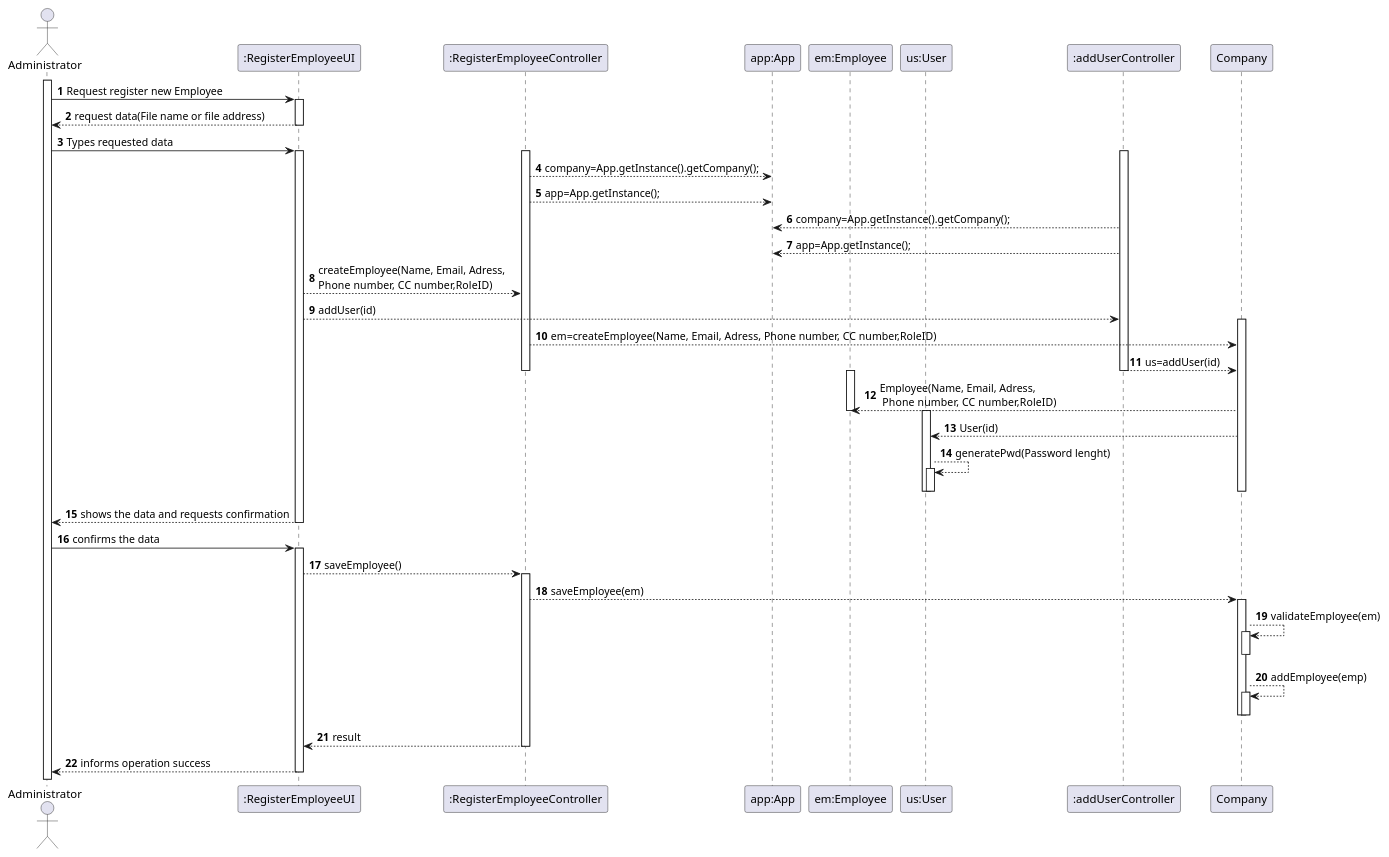
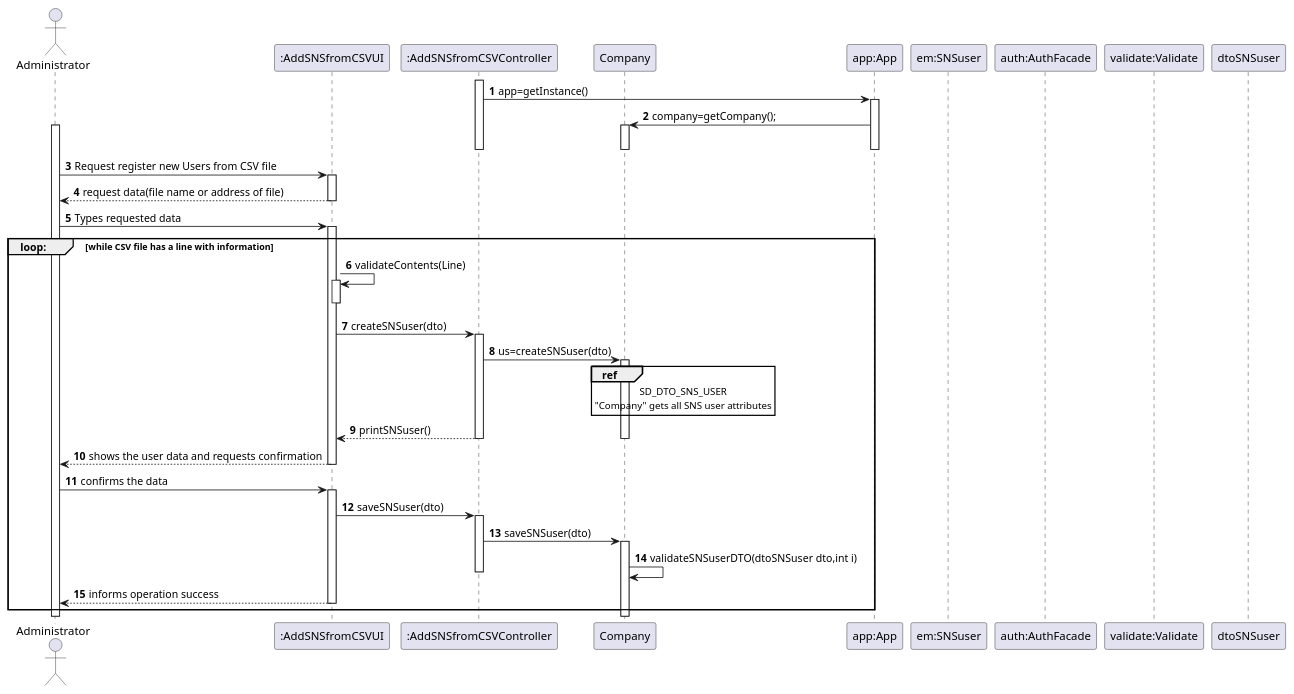
One commit to osnilas/SNSsystem changed the diagram in docs/SprintC/US014/US014_SD.puml. Above: the diagram before and after it, drawn with PlantUML. The commit also changed 11 other files, not shown here.

```diff
--- a/docs/SprintC/US014/US014_SD.puml
+++ b/docs/SprintC/US014/US014_SD.puml
@@ -1,66 +1,66 @@
 @startuml
 'https://plantuml.com/class-diagram
 
 autonumber
-    actor Administrator
+    actor "Administrator" as ADM
 
-    participant ":RegisterEmployeeUI" as UI
-    participant ":RegisterEmployeeController" as  CTRL
-    participant "app:App" as _APP
-    participant "em:Employee" as EM
-    participant "us:User" as US
-    participant ":addUserController" as CTRL1
+    participant ":AddSNSfromCSVUI" as UI
+    participant ":AddSNSfromCSVController" as  CTRL
+    participant "Company" as COMP
+    participant "dtoSNSuser" as DTO
+    participant "app:App" as APP
+    participant "em:SNSuser" as SNS
 
-    activate Administrator
-    Administrator -> UI: Request register new Employee
-    activate UI
-    UI --> Administrator: request data(File name or file address)
-   deactivate UI
-    UI <- Administrator: Types requested data
-    activate UI
-    activate CTRL
-    activate CTRL1
-    CTRL-->_APP:company=App.getInstance().getCompany();
-    CTRL-->_APP:app=App.getInstance();
-    CTRL1-->_APP:company=App.getInstance().getCompany();
-    CTRL1-->_APP:app=App.getInstance();
-    UI-->CTRL:createEmployee(Name, Email, Adress, \nPhone number, CC number,RoleID)
-    UI-->CTRL1:addUser(id)
-    activate Company
-    CTRL-->Company:em=createEmployee(Name, Email, Adress, Phone number, CC number,RoleID)
-    CTRL1-->Company:us=addUser(id)
-    deactivate CTRL
-    deactivate CTRL1
-    activate  EM
-    Company-->EM:Employee(Name, Email, Adress,\n Phone number, CC number,RoleID)
-    deactivate EM
-    activate US
-    Company-->US:User(id)
-    US-->US:generatePwd(Password lenght)
-    activate US
-    deactivate US
-    deactivate US
-    deactivate Company
-    deactivate CTRL1
-    deactivate CTRL
-    Administrator <-- UI: shows the data and requests confirmation
-    deactivate UI
-    Administrator -> UI: confirms the data
-    activate UI
-    UI-->CTRL:saveEmployee()
-    activate CTRL
-    CTRL-->Company:saveEmployee(em)
-    activate Company
-    Company-->Company:validateEmployee(em)
-    activate Company
-    deactivate Company
-    Company-->Company:addEmployee(emp)
-    activate Company
-    deactivate Company
-    deactivate Company
-    CTRL-->UI:result
-    deactivate CTRL
-    Administrator <-- UI: informs operation success
-    deactivate UI
+    participant "auth:AuthFacade" as AUTH
+    participant "validate:Validate" as VALID
+    participant "dtoSNSuser" as DTO
 
-@enduml
+       activate CTRL
+       CTRL->APP: app=getInstance()
+       activate APP
+       APP->COMP: company=getCompany();
+       activate COMP
+       deactivate COMP
+       deactivate APP
+       deactivate CTRL
+       activate ADM
+       ADM -> UI: Request register new Users from CSV file
+       activate UI
+       UI --> ADM: request data(file name or address of file)
+       deactivate UI
+       UI <- ADM: Types requested data
+
+       activate UI
+
+       group loop: [while CSV file has a line with information]
+       UI->UI:validateContents(Line)
+       activate UI
+       deactivate UI
+       UI->CTRL: createSNSuser(dto)
+       activate CTRL
+       CTRL->COMP: us=createSNSuser(dto)
+       activate COMP
+       ref over COMP
+         SD_DTO_SNS_USER
+         "Company" gets all SNS user attributes
+       end reF
+       CTRL-->UI: printSNSuser()
+       deactivate COMP
+       deactivate CTRL
+       ADM <-- UI: shows the user data and requests confirmation
+       deactivate UI
+
+       ADM -> UI: confirms the data
+       activate UI
+       UI->CTRL:saveSNSuser(dto)
+       activate CTRL
+       CTRL->COMP:saveSNSuser(dto)
+       activate COMP
+       COMP->COMP:validateSNSuserDTO(dtoSNSuser dto,int i)
+       deactivate CTRL
+
+
+       ADM <-- UI: informs operation success
+       deactivate UI
+       end
+       @enduml
```
